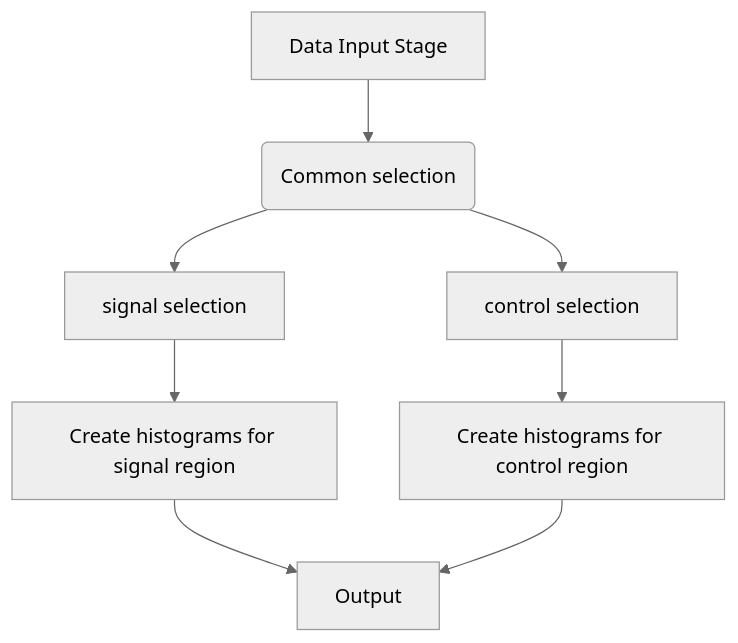
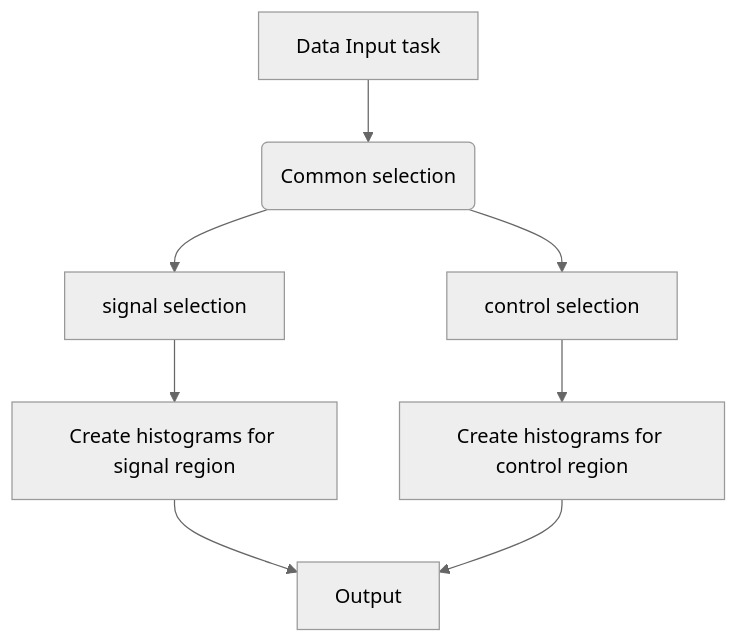
One commit to FAST-HEP/fasthep-flow changed the diagram in docs/advanced_examples/cms_full_analysis_example.md. Above: the diagram before and after it, drawn with Mermaid (neutral theme). The commit also changed other lines of this file and 14 other files, not shown here.

````diff
--- a/docs/advanced_examples/cms_full_analysis_example.md
+++ b/docs/advanced_examples/cms_full_analysis_example.md
@@ -49,10 +49,10 @@
 ```{mermaid}
 flowchart TD
-    A[Data Input Stage] --> B(Common selection)
+    A[Data Input task] --> B(Common selection)
     B --> C[signal selection]
     B --> D[control selection]
     C --> E[Create histograms for signal region]
     D --> F[Create histograms for control region]
     E --> G[Output]
     F --> G
 ```
````
